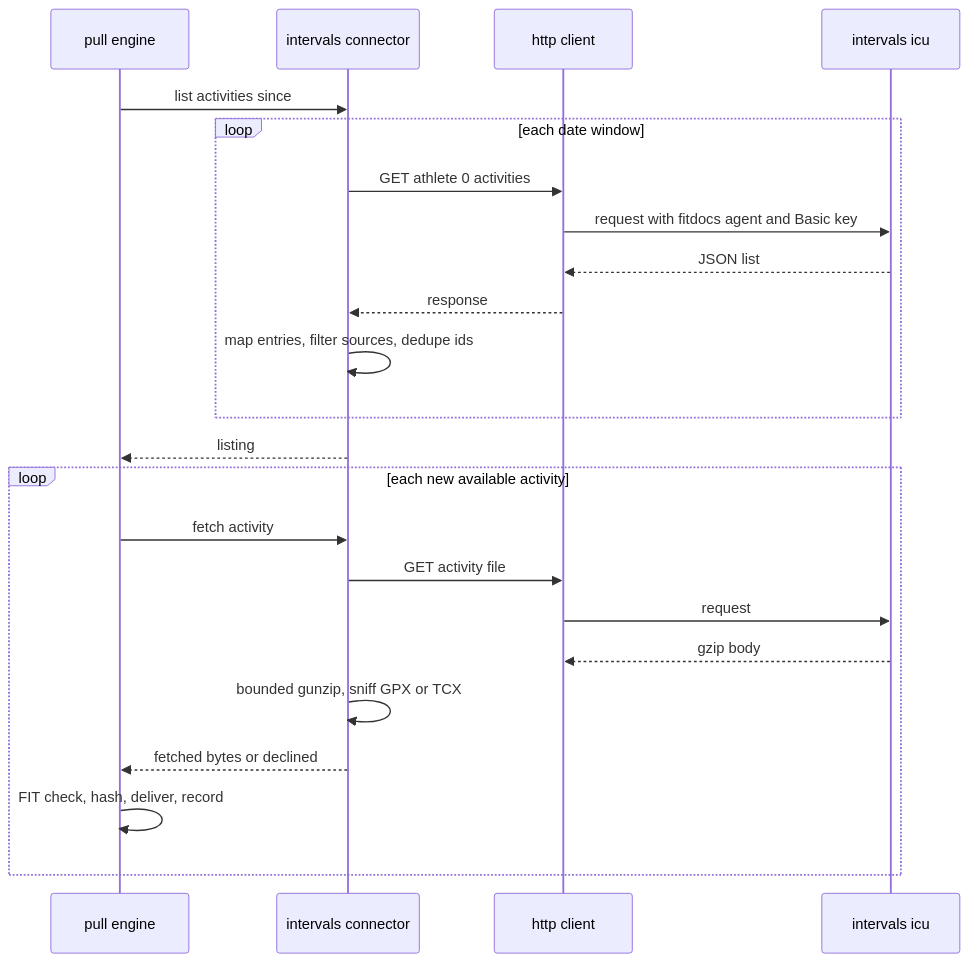
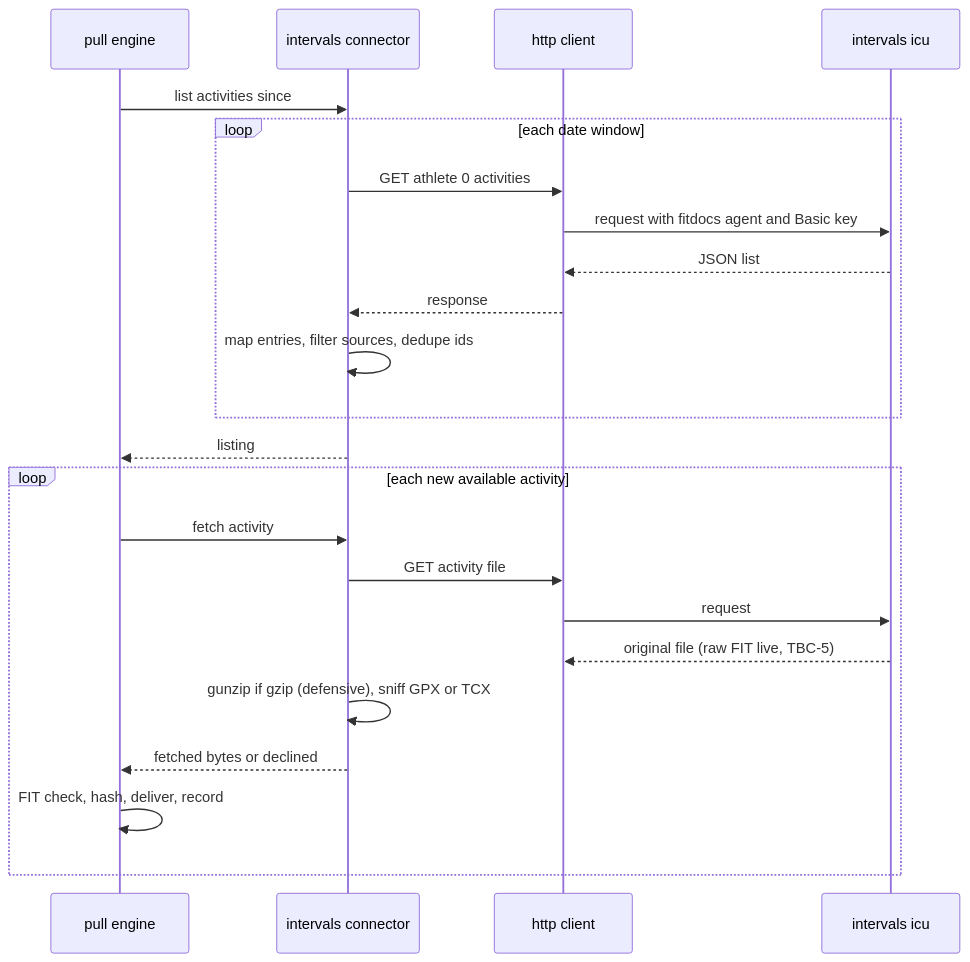
One commit to joshua-stauffer/fitdocs changed the second of 4 diagrams in .kiro/specs/intervals-connector/design.md. Above: the diagram before and after it, drawn with Mermaid. The commit also changed other lines of this file and 3 other files, not shown here.

````diff
--- a/.kiro/specs/intervals-connector/design.md
+++ b/.kiro/specs/intervals-connector/design.md
@@ -269,25 +271,25 @@
 ```mermaid
 sequenceDiagram
     participant Eng as pull engine
     participant Conn as intervals connector
     participant Http as http client
     participant Icu as intervals icu
     Eng->>Conn: list activities since
     loop each date window
         Conn->>Http: GET athlete 0 activities
         Http->>Icu: request with fitdocs agent and Basic key
         Icu-->>Http: JSON list
         Http-->>Conn: response
         Conn->>Conn: map entries, filter sources, dedupe ids
     end
     Conn-->>Eng: listing
     loop each new available activity
         Eng->>Conn: fetch activity
         Conn->>Http: GET activity file
         Http->>Icu: request
-        Icu-->>Http: gzip body
-        Conn->>Conn: bounded gunzip, sniff GPX or TCX
+        Icu-->>Http: original file (raw FIT live, TBC-5)
+        Conn->>Conn: gunzip if gzip (defensive), sniff GPX or TCX
         Conn-->>Eng: fetched bytes or declined
         Eng->>Eng: FIT check, hash, deliver, record
     end
 ```
````
